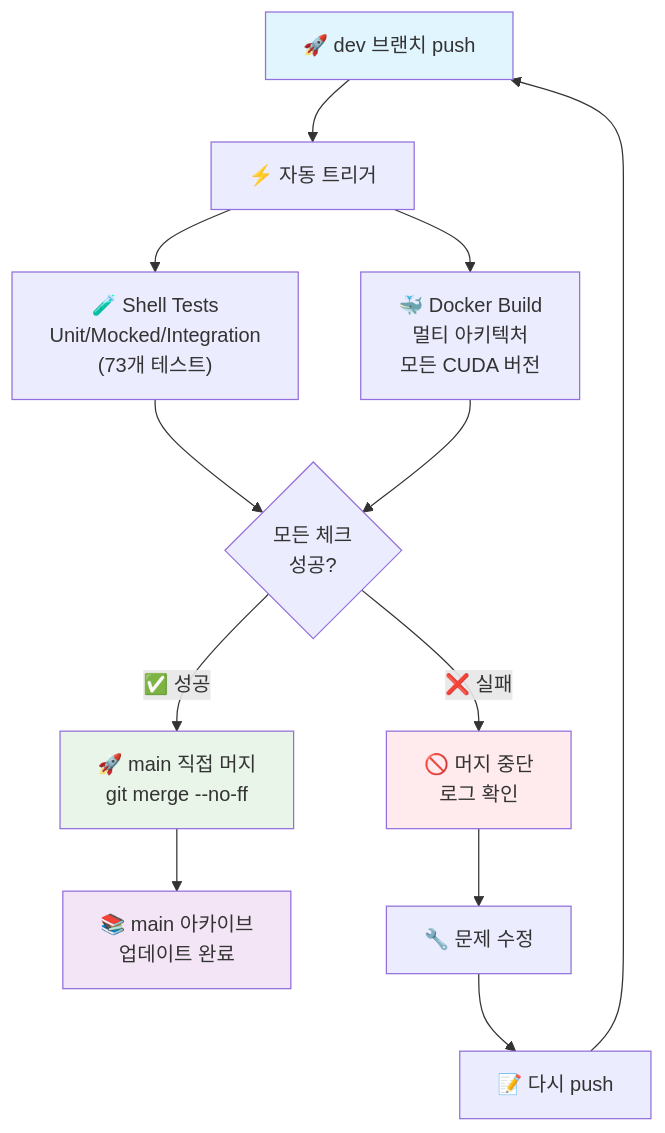
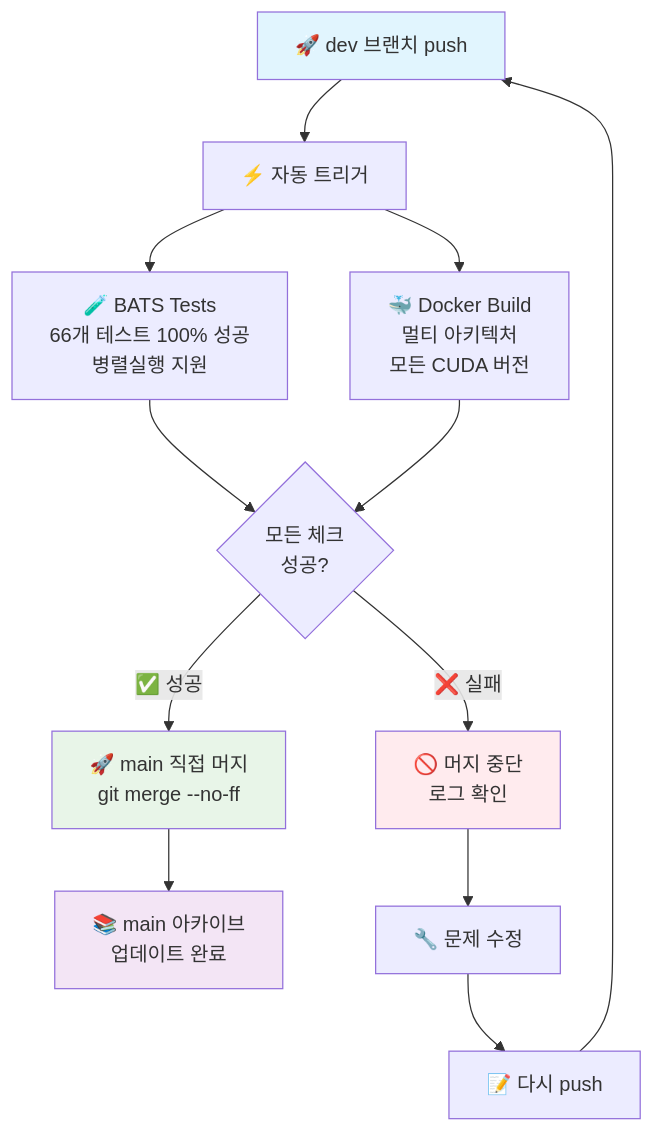
Before and after one commit to devcomfort/my-runpod-container: the diagram in README.md, drawn with Mermaid. The commit also changed other lines of this file and 1 other file, not shown here.

First line of the commit message:
docs: BATS 마이그레이션 완료 문서 업데이트

````diff
--- a/README.md
+++ b/README.md
@@ -63,23 +63,23 @@
 ```mermaid
 graph TD
     A["🚀 dev 브랜치 push"] --> B["⚡ 자동 트리거"]
-    B --> C["🧪 Shell Tests<br/>Unit/Mocked/Integration<br/>(73개 테스트)"]
+    B --> C["🧪 BATS Tests<br/>66개 테스트 100% 성공<br/>병렬실행 지원"]
     B --> D["🐳 Docker Build<br/>멀티 아키텍처<br/>모든 CUDA 버전"]
     
     C --> E{모든 체크<br/>성공?}
     D --> E
     
     E -->|✅ 성공| F["🚀 main 직접 머지<br/>git merge --no-ff"]
     E -->|❌ 실패| G["🚫 머지 중단<br/>로그 확인"]
     
     F --> H["📚 main 아카이브<br/>업데이트 완료"]
     
     G --> I["🔧 문제 수정"]
     I --> J["📝 다시 push"]
     J --> A
     
     style A fill:#e1f5fe
     style F fill:#e8f5e8
     style H fill:#f3e5f5
     style G fill:#ffebee
 ```
````
